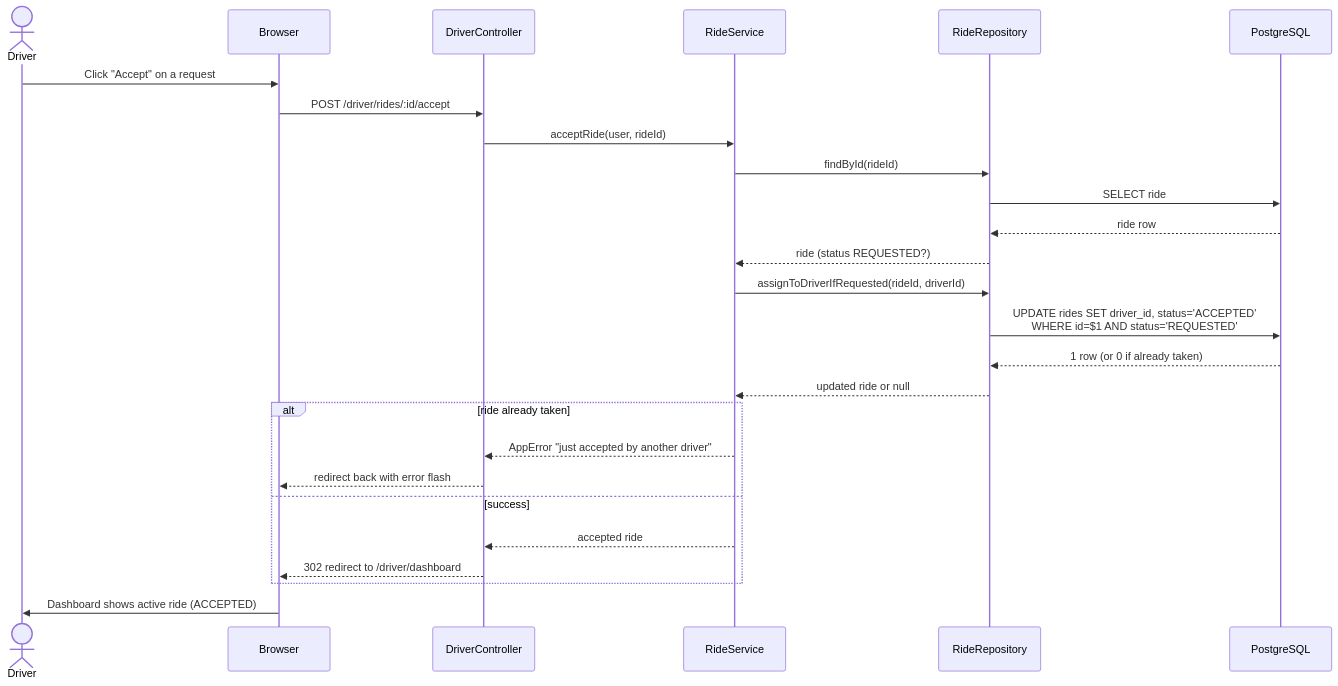
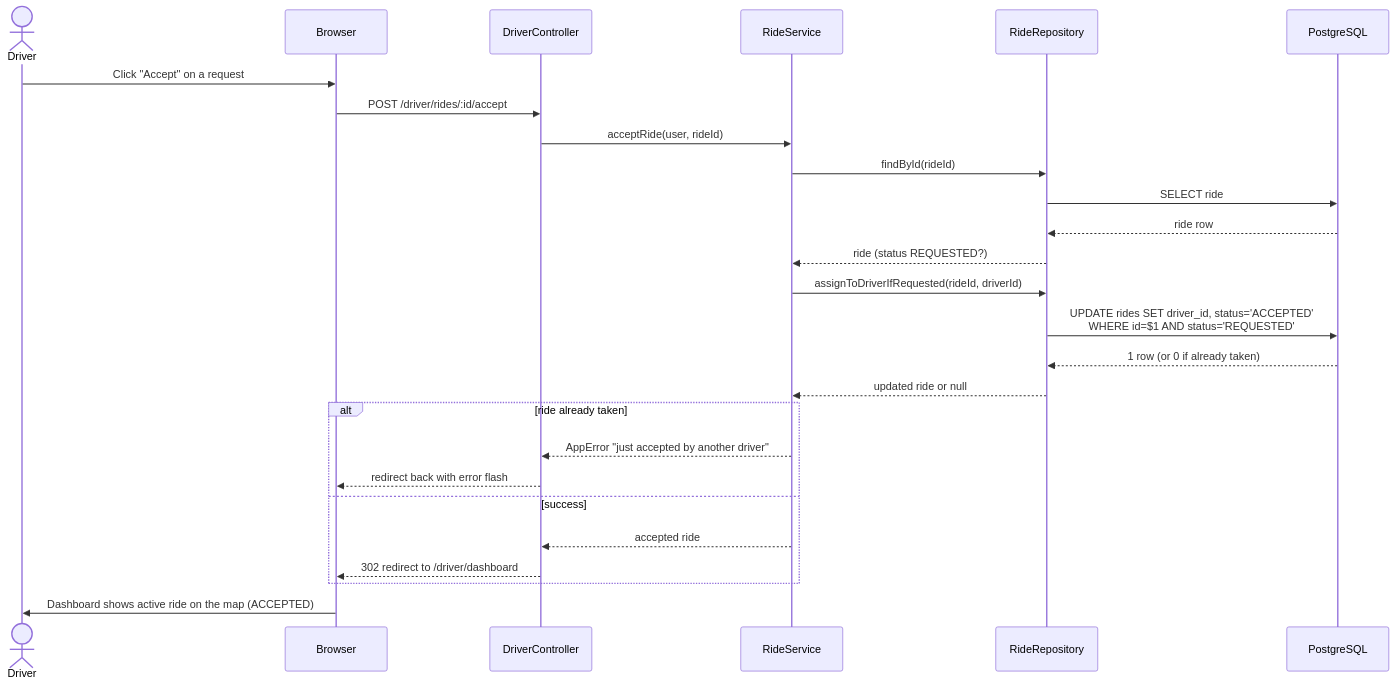
The fourth of 6 diagrams in docs/architecture.md (FarbodTavakolizade/TaxiGo), drawn with Mermaid before and after one commit. The commit also changed other lines of this file and 10 other files, not shown here.

````diff
--- a/docs/architecture.md
+++ b/docs/architecture.md
@@ -158,29 +219,29 @@
 ```mermaid
 sequenceDiagram
     actor D as Driver
     participant B as Browser
     participant C as DriverController
     participant S as RideService
     participant R as RideRepository
     participant DB as PostgreSQL
 
     D->>B: Click "Accept" on a request
     B->>C: POST /driver/rides/:id/accept
     C->>S: acceptRide(user, rideId)
     S->>R: findById(rideId)
     R->>DB: SELECT ride
     DB-->>R: ride row
     R-->>S: ride (status REQUESTED?)
     S->>R: assignToDriverIfRequested(rideId, driverId)
     R->>DB: UPDATE rides SET driver_id, status='ACCEPTED'<br/>WHERE id=$1 AND status='REQUESTED'
     DB-->>R: 1 row (or 0 if already taken)
     R-->>S: updated ride or null
     alt ride already taken
         S-->>C: AppError "just accepted by another driver"
         C-->>B: redirect back with error flash
     else success
         S-->>C: accepted ride
         C-->>B: 302 redirect to /driver/dashboard
     end
-    B->>D: Dashboard shows active ride (ACCEPTED)
+    B->>D: Dashboard shows active ride on the map (ACCEPTED)
 ```
````
